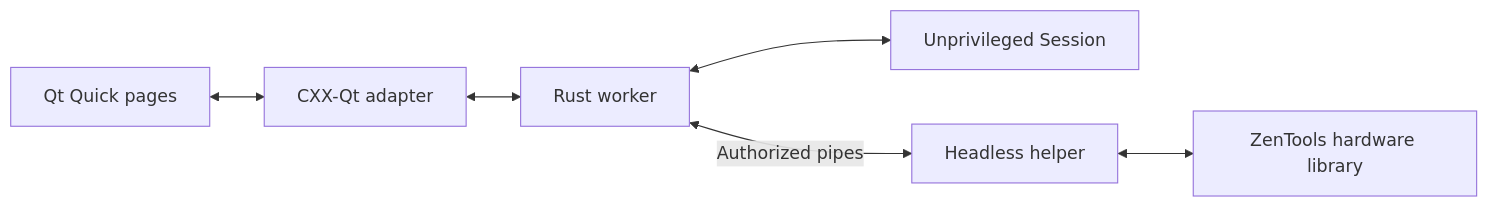
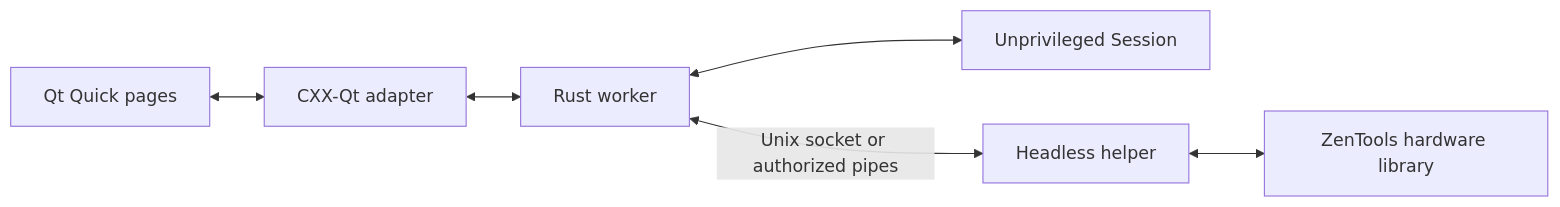
The diagram in docs/gui.md (delfianto/zentools), drawn with Mermaid before and after one commit. The commit also changed other lines of this file and 22 other files, not shown here.

````diff
--- a/docs/gui.md
+++ b/docs/gui.md
@@ -121,8 +173,8 @@
 ```mermaid
 flowchart LR
     Views[Qt Quick pages] <--> Adapter[CXX-Qt adapter]
     Adapter <--> Worker[Rust worker]
     Worker <--> Local[Unprivileged Session]
-    Worker <-->|Authorized pipes| Helper[Headless helper]
+    Worker <-->|Unix socket or authorized pipes| Helper[Headless helper]
     Helper <--> Hardware[ZenTools hardware library]
 ```
````
